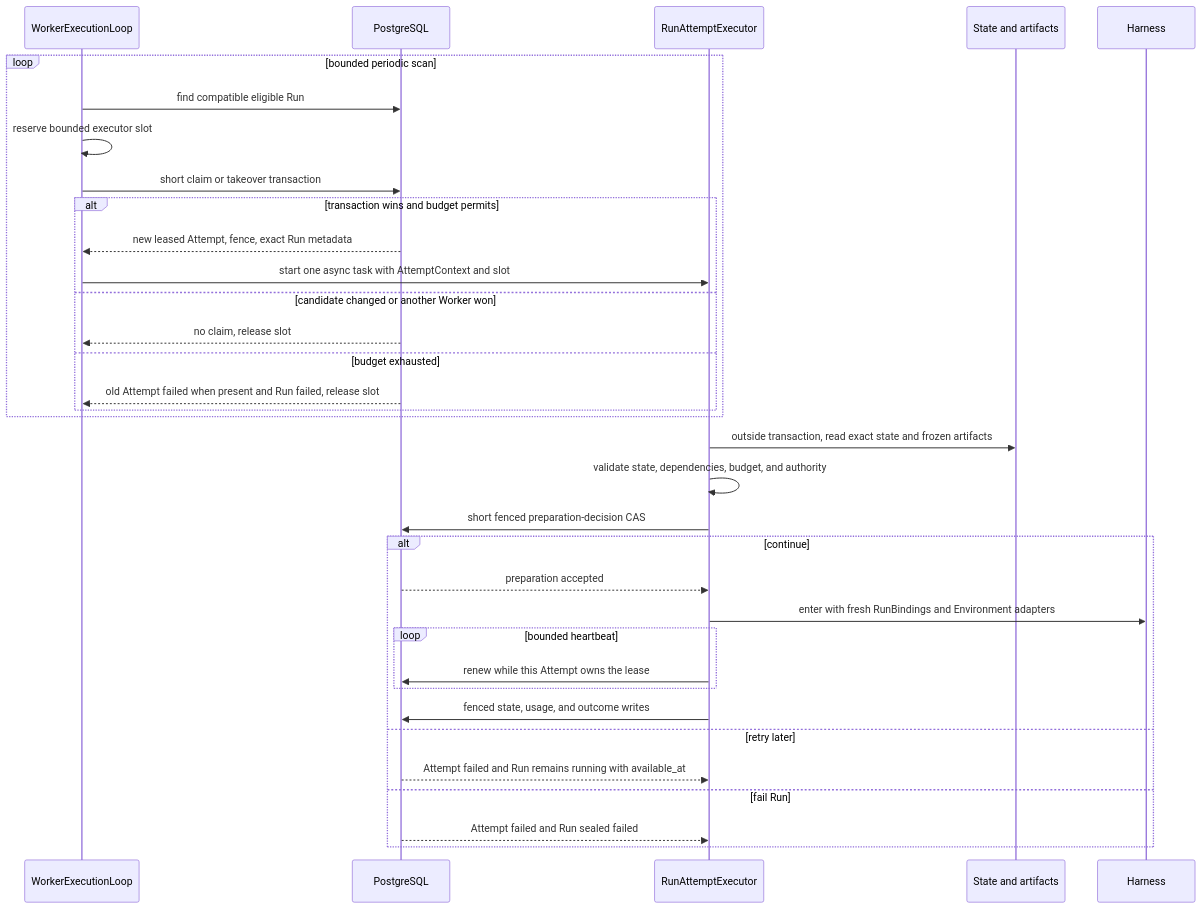
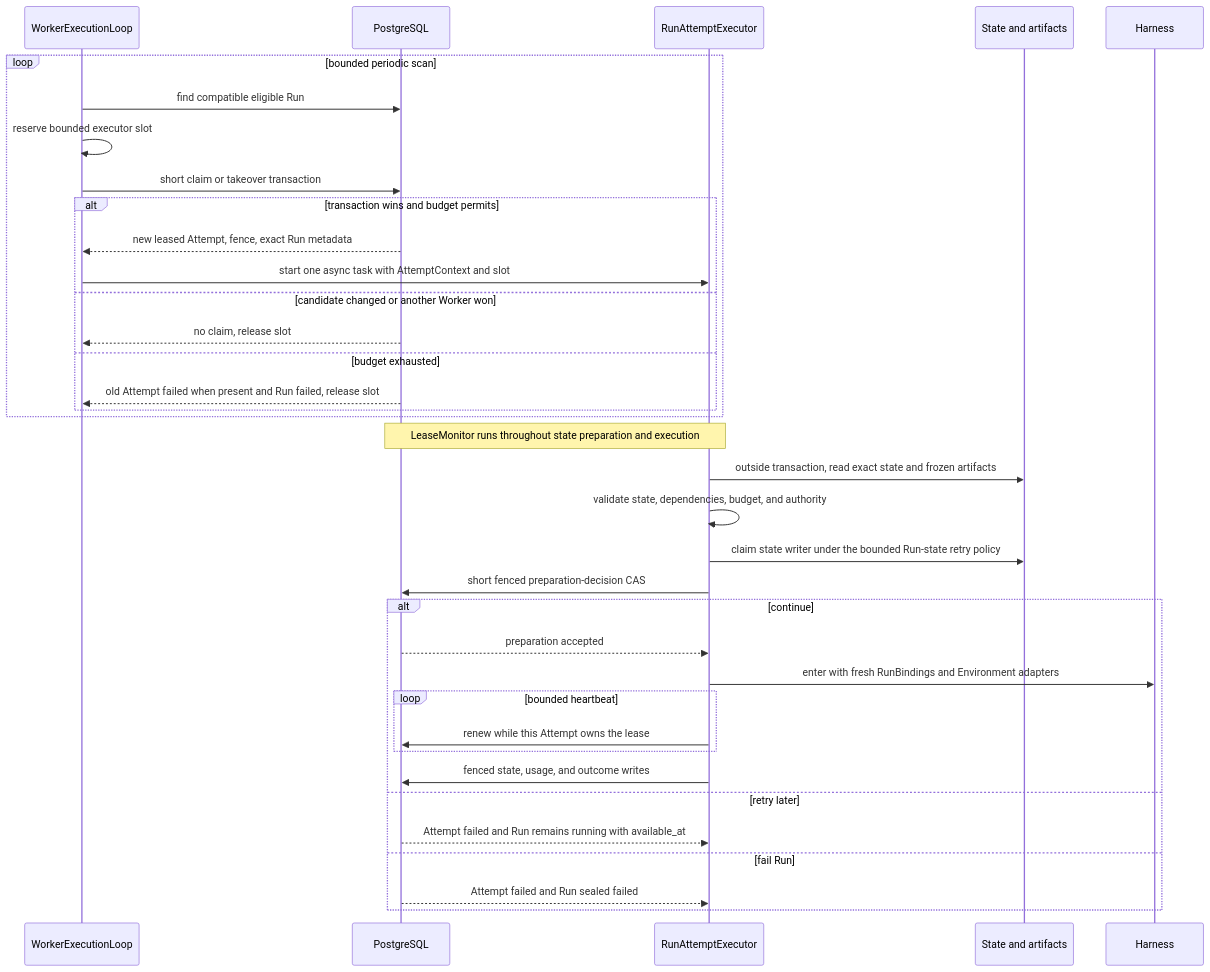
One commit to converge-ai-labs/agent-foundation changed the second of 3 diagrams in spec/foundation-service/13-run-attempt-scheduling-and-recovery.md. Above: the diagram before and after it, drawn with Mermaid. The commit also changed other lines of this file and 9 other files, not shown here.

````diff
--- a/spec/foundation-service/13-run-attempt-scheduling-and-recovery.md
+++ b/spec/foundation-service/13-run-attempt-scheduling-and-recovery.md
@@ -192,37 +192,39 @@
 ```mermaid
 sequenceDiagram
     participant Claimant as WorkerExecutionLoop
     participant DB as PostgreSQL
     participant Executor as RunAttemptExecutor
     participant Objects as State and artifacts
     participant Harness
 
     loop bounded periodic scan
         Claimant->>DB: find compatible eligible Run
         Claimant->>Claimant: reserve bounded executor slot
         Claimant->>DB: short claim or takeover transaction
         alt transaction wins and budget permits
             DB-->>Claimant: new leased Attempt, fence, exact Run metadata
             Claimant->>Executor: start one async task with AttemptContext and slot
         else candidate changed or another Worker won
             DB-->>Claimant: no claim, release slot
         else budget exhausted
             DB-->>Claimant: old Attempt failed when present and Run failed, release slot
         end
     end
+    Note over Executor,DB: LeaseMonitor runs throughout state preparation and execution
     Executor->>Objects: outside transaction, read exact state and frozen artifacts
     Executor->>Executor: validate state, dependencies, budget, and authority
+    Executor->>Objects: claim state writer under the bounded Run-state retry policy
     Executor->>DB: short fenced preparation-decision CAS
     alt continue
         DB-->>Executor: preparation accepted
         Executor->>Harness: enter with fresh RunBindings and Environment adapters
         loop bounded heartbeat
             Executor->>DB: renew while this Attempt owns the lease
         end
         Executor->>DB: fenced state, usage, and outcome writes
     else retry later
         DB-->>Executor: Attempt failed and Run remains running with available_at
     else fail Run
         DB-->>Executor: Attempt failed and Run sealed failed
     end
 ```
````
